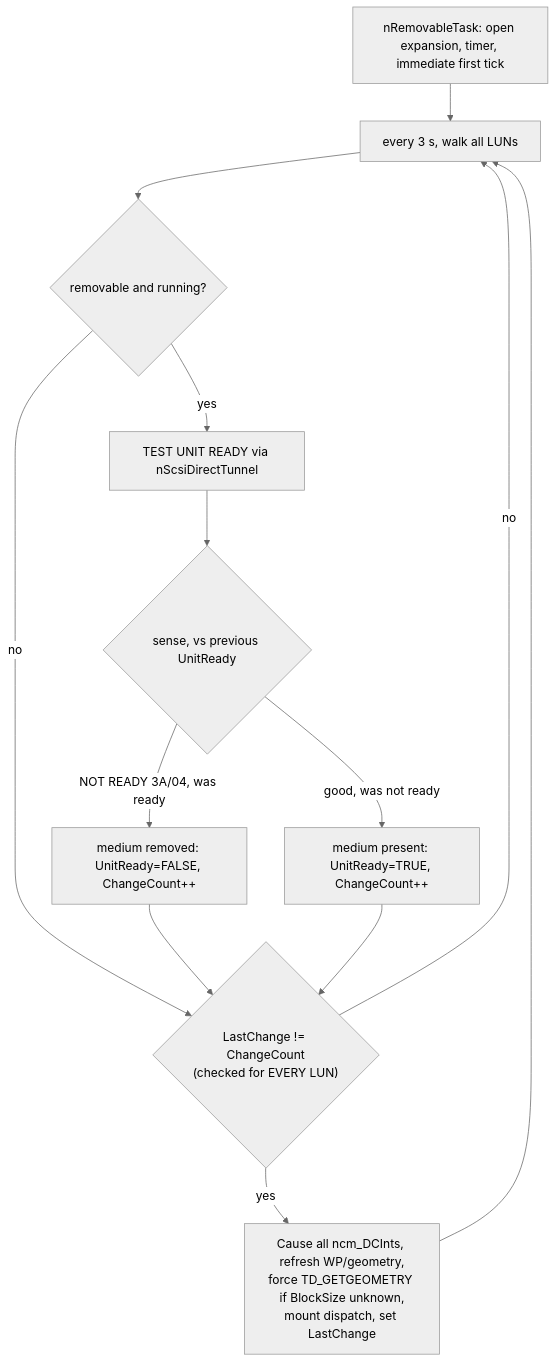
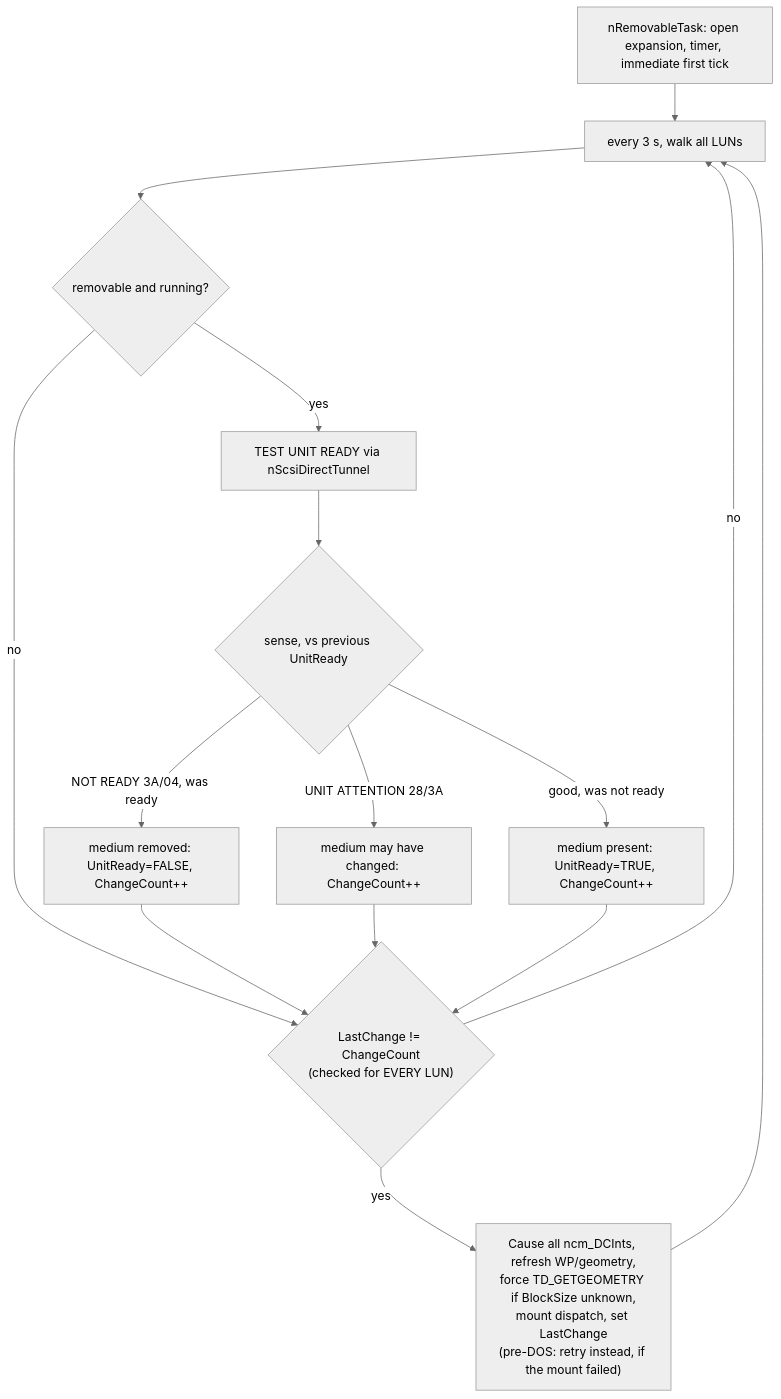
The ninth of 12 diagrams in docs/massstorage.class-architecture.md (rondoval/poseidon-backport), drawn with Mermaid (neutral theme) before and after one commit. The commit also changed other lines of this file and 7 other files, not shown here.

````diff
--- a/docs/massstorage.class-architecture.md
+++ b/docs/massstorage.class-architecture.md
@@ -596,15 +575,17 @@
 ```mermaid
 flowchart TD
     START["nRemovableTask: open expansion, timer, immediate first tick"] --> LOOP["every 3 s, walk all LUNs"]
     LOOP --> REM{"removable and running?"}
     REM -->|yes| TUR["TEST UNIT READY via nScsiDirectTunnel"]
     TUR --> SENSE{sense, vs previous UnitReady}
     SENSE -->|"NOT READY 3A/04, was ready"| GONE["medium removed: UnitReady=FALSE, ChangeCount++"]
     SENSE -->|"good, was not ready"| HERE["medium present: UnitReady=TRUE, ChangeCount++"]
+    SENSE -->|"UNIT ATTENTION 28/3A"| CHG["medium may have changed: ChangeCount++"]
     REM -->|no| EDGE
     GONE --> EDGE
+    CHG --> EDGE
     HERE --> EDGE{"LastChange != ChangeCount<br/>(checked for EVERY LUN)"}
-    EDGE -->|yes| ACT["Cause all ncm_DCInts, refresh WP/geometry,<br/>force TD_GETGEOMETRY if BlockSize unknown,<br/>mount dispatch, set LastChange"]
+    EDGE -->|yes| ACT["Cause all ncm_DCInts, refresh WP/geometry,<br/>force TD_GETGEOMETRY if BlockSize unknown,<br/>mount dispatch, set LastChange<br/>(pre-DOS: retry instead, if the mount failed)"]
     EDGE -->|no| LOOP
     ACT --> LOOP
 ```
````
